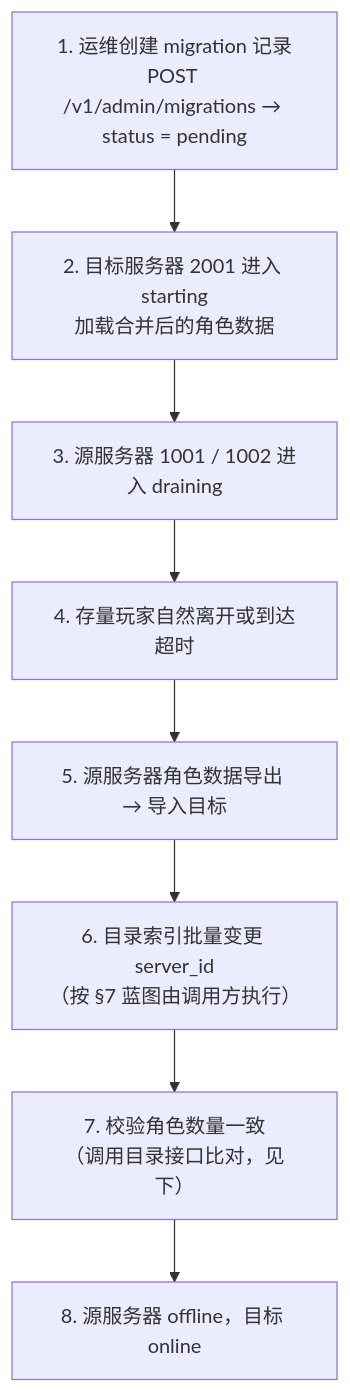
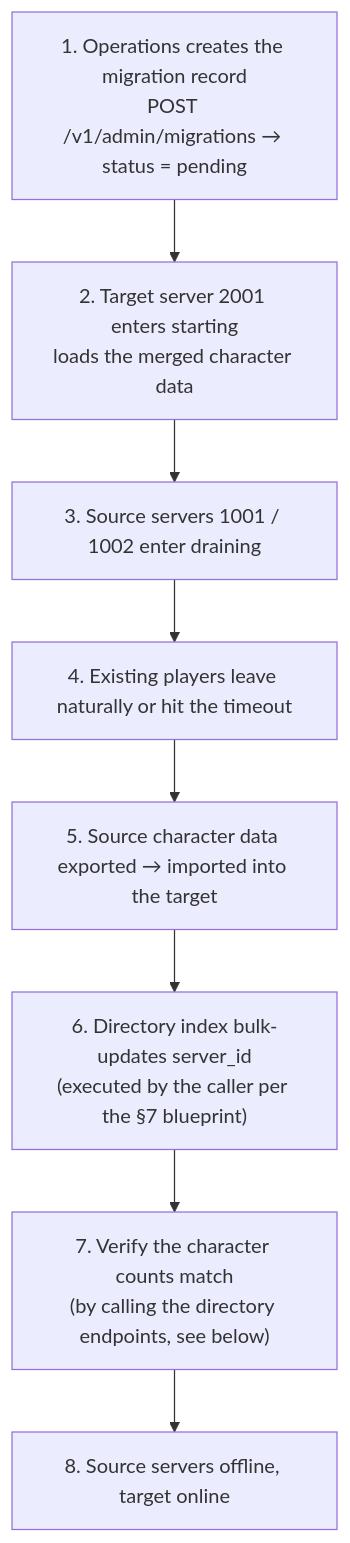
Before and after one commit to cuihairu/atlas: the second of 6 diagrams in docs/migration.md, drawn with Mermaid. The commit also changed other lines of this file and 80 other files, not shown here.

````diff
--- a/docs/migration.md
+++ b/docs/migration.md
@@ -38,12 +43,12 @@
 ```mermaid
 flowchart TB
-    S1["1. 运维创建 migration 记录<br/>POST /v1/admin/migrations → status = pending"]
-    S2["2. 目标服务器 2001 进入 starting<br/>加载合并后的角色数据"]
-    S3["3. 源服务器 1001 / 1002 进入 draining"]
-    S4["4. 存量玩家自然离开或到达超时"]
-    S5["5. 源服务器角色数据导出 → 导入目标"]
-    S6["6. 目录索引批量变更 server_id<br/>（按 §7 蓝图由调用方执行）"]
-    S7["7. 校验角色数量一致<br/>（调用目录接口比对，见下）"]
-    S8["8. 源服务器 offline，目标 online"]
+    S1["1. Operations creates the migration record<br/>POST /v1/admin/migrations → status = pending"]
+    S2["2. Target server 2001 enters starting<br/>loads the merged character data"]
+    S3["3. Source servers 1001 / 1002 enter draining"]
+    S4["4. Existing players leave naturally or hit the timeout"]
+    S5["5. Source character data exported → imported into the target"]
+    S6["6. Directory index bulk-updates server_id<br/>(executed by the caller per the §7 blueprint)"]
+    S7["7. Verify the character counts match<br/>(by calling the directory endpoints, see below)"]
+    S8["8. Source servers offline, target online"]
     S1 --> S2 --> S3 --> S4 --> S5 --> S6 --> S7 --> S8
 ```
````
